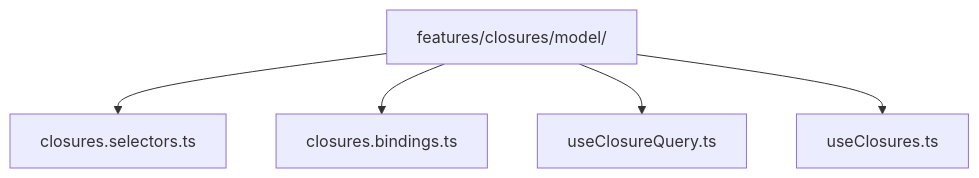
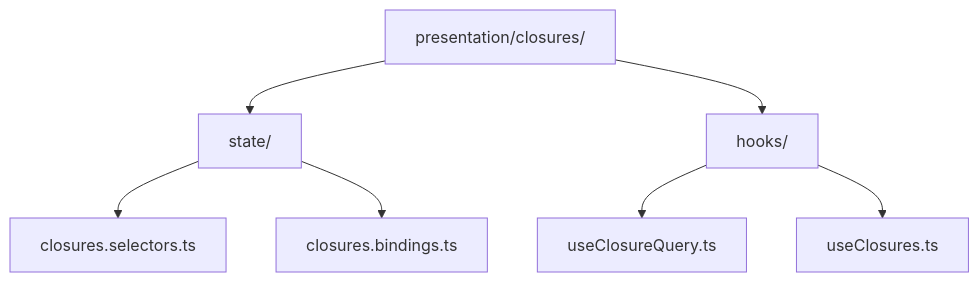
Before and after one commit to AndresTaoFlorez/software-architecture: the first of 3 diagrams in model-view-viewmodel/3-mvvm-on-the-frontend.md, drawn with Mermaid. The commit also changed other lines of this file and 43 other files, not shown here.

````diff
--- a/model-view-viewmodel/3-mvvm-on-the-frontend.md
+++ b/model-view-viewmodel/3-mvvm-on-the-frontend.md
@@ -25,12 +25,9 @@
 ```mermaid
 flowchart TD
-    N0["features/closures/model/"]
-    N1["closures.selectors.ts"]
-    N2["closures.bindings.ts"]
-    N3["useClosureQuery.ts"]
-    N4["useClosures.ts"]
-    N0 --> N1
-    N0 --> N2
-    N0 --> N3
-    N0 --> N4
+    C["presentation/closures/"] --> S["state/"]
+    C --> H["hooks/"]
+    S --> SEL["closures.selectors.ts"]
+    S --> B["closures.bindings.ts"]
+    H --> Q["useClosureQuery.ts"]
+    H --> F["useClosures.ts"]
 ```
````
